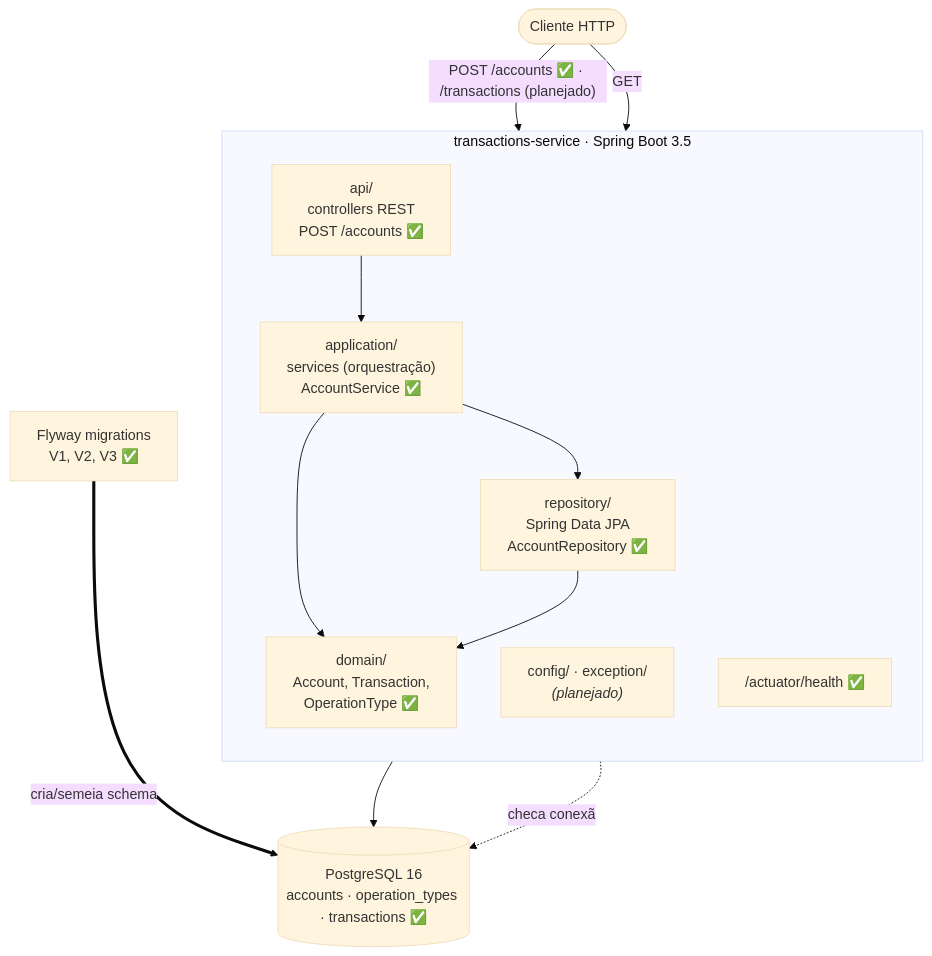
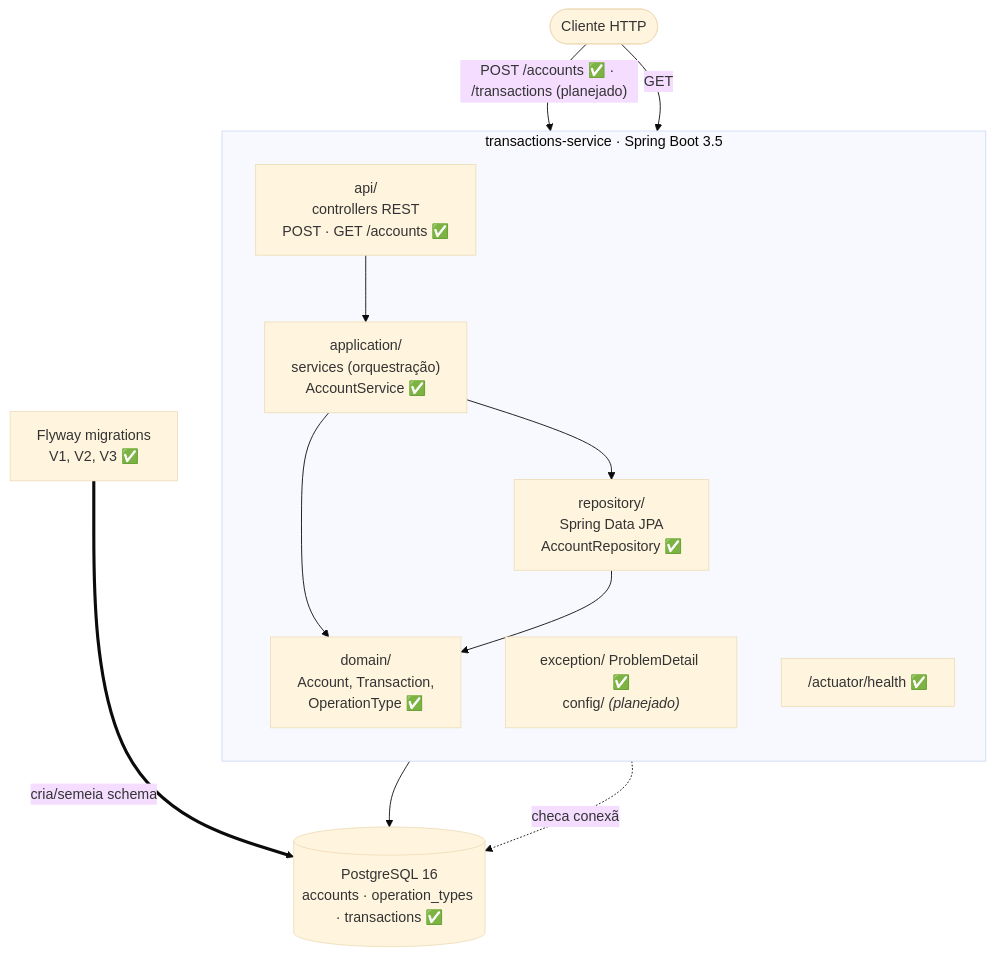
The diagram in README.md (DanMke/transactions-service), drawn with Mermaid (base theme) before and after one commit. The commit also changed other lines of this file and 7 other files, not shown here.

Commit message:
feat: add account lookup and problem detail errors

````diff
--- a/README.md
+++ b/README.md
@@ -20,27 +21,27 @@
 ```mermaid
 flowchart TB
     client([Cliente HTTP])
 
     subgraph app["transactions-service · Spring Boot 3.5"]
         direction TB
-        api["api/<br/>controllers REST<br/>POST /accounts ✅"]
+        api["api/<br/>controllers REST<br/>POST · GET /accounts ✅"]
         application["application/<br/>services (orquestração)<br/>AccountService ✅"]
         domain["domain/<br/>Account, Transaction,<br/>OperationType ✅"]
         repository["repository/<br/>Spring Data JPA<br/>AccountRepository ✅"]
-        config["config/ · exception/<br/><i>(planejado)</i>"]
+        config["exception/ ProblemDetail ✅<br/>config/ <i>(planejado)</i>"]
         actuator["/actuator/health ✅"]
     end
 
     db[("PostgreSQL 16<br/>accounts · operation_types · transactions ✅")]
     flyway["Flyway migrations<br/>V1, V2, V3 ✅"]
 
     client -->|"POST /accounts ✅ · /transactions (planejado)"| api
     api --> application
     application --> domain
     application --> repository
     repository --> domain
     repository --> db
     client -->|GET| actuator
     actuator -.checa conexão.-> db
     flyway ==>|cria/semeia schema| db
 ```
````
